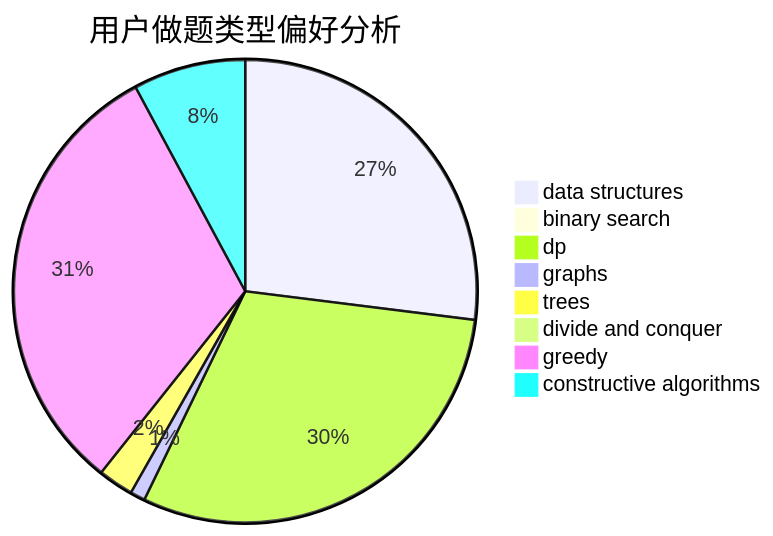
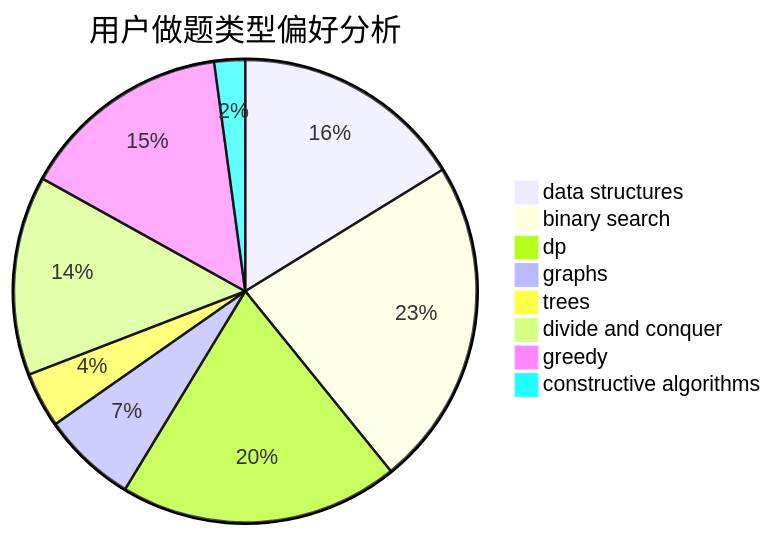
The second of 3 diagrams in docs/user/u1366.md (sherpahu/cfrs.github.io), drawn with Mermaid before and after one commit. The commit also changed other lines of this file and 2770 other files, not shown here.

````diff
--- a/docs/user/u1366.md
+++ b/docs/user/u1366.md
@@ -23,11 +23,11 @@
 ```mermaid
 pie title 用户做题类型偏好分析
-    "data structures" :  361
-    "binary search" :  1
-    "dp" :  404
-    "graphs" :  14
-    "trees" :  33
-    "divide and conquer" :  8
-    "greedy" :  421
-    "constructive algorithms" :  105
+    "data structures" :  113
+    "binary search" :  160
+    "dp" :  136
+    "graphs" :  46
+    "trees" :  27
+    "divide and conquer" :  97
+    "greedy" :  103
+    "constructive algorithms" :  15
 ```
````
